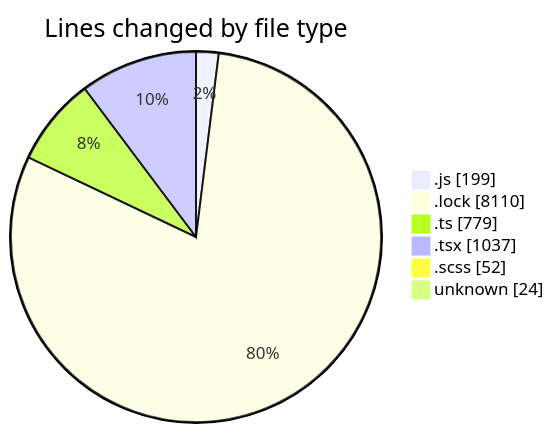
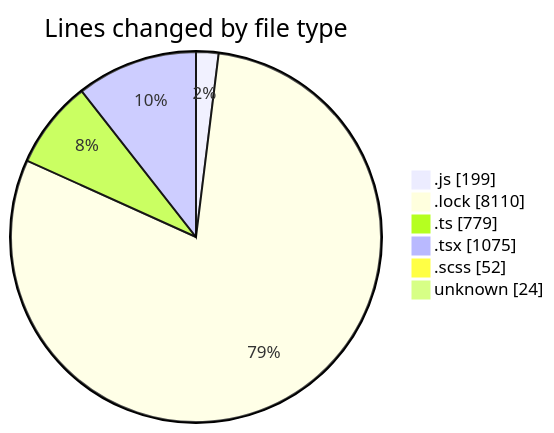
Before and after one commit to momahboobian/code-tracking: the first of 2 diagrams in 2025-02-07/cda/README.md, drawn with Mermaid. The commit also changed other lines of this file and 1 other file, not shown here.

````diff
--- a/2025-02-07/cda/README.md
+++ b/2025-02-07/cda/README.md
@@ -57,10 +57,10 @@
 ```mermaid
 pie showData
 title Lines changed by file type
 ".js" : 199
 ".lock" : 8110
 ".ts" : 779
-".tsx" : 1037
+".tsx" : 1075
 ".scss" : 52
 "unknown" : 24
 ```
````
